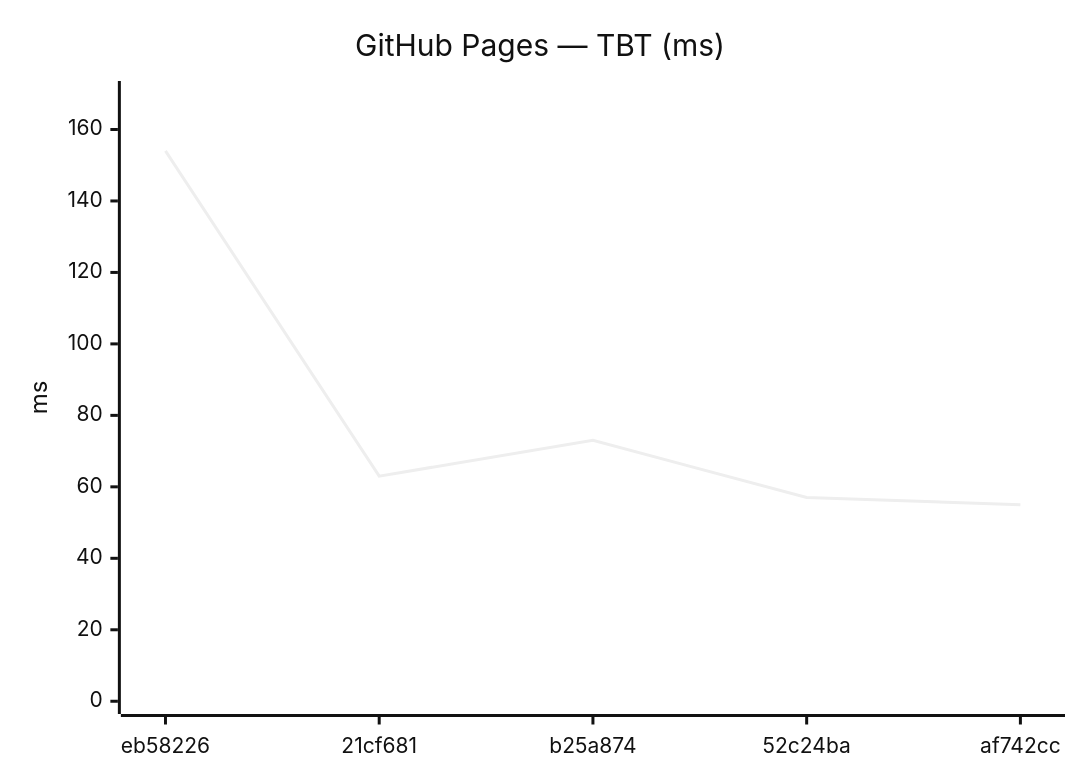
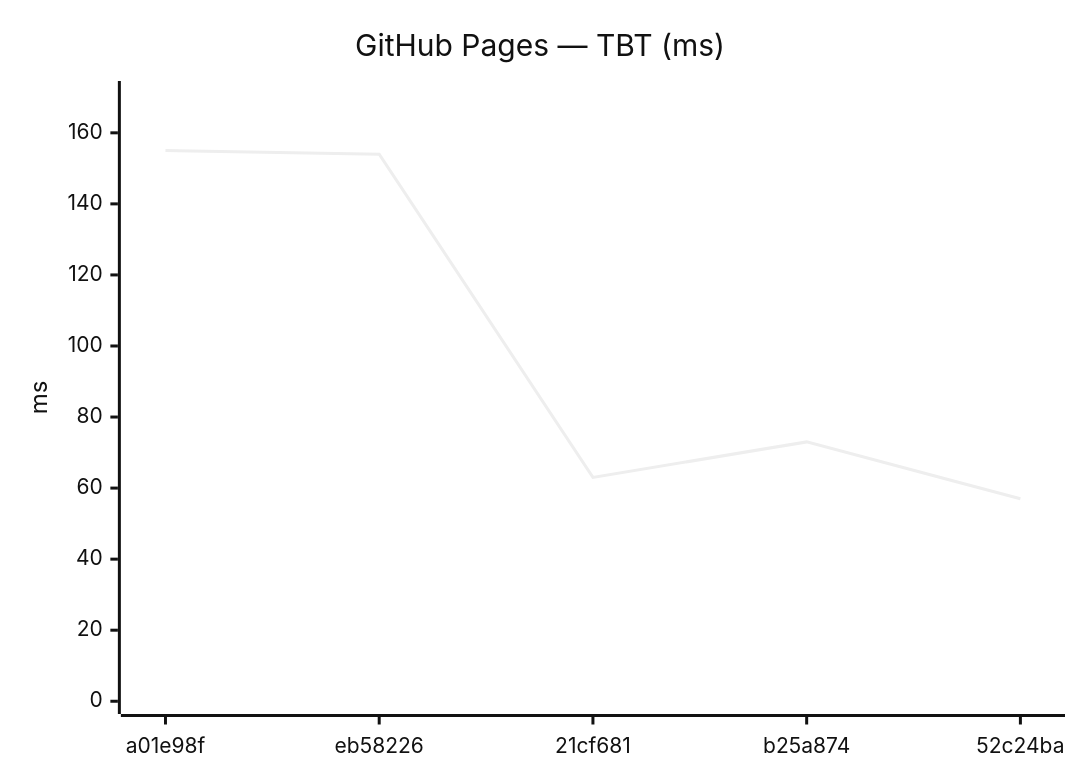
Before and after one commit to Metaheurist/Rianell: the tenth of 18 diagrams in benchmarks/compare.md, drawn with Mermaid (neutral theme). The commit also changed other lines of this file and 11 other files, not shown here.

````diff
--- a/benchmarks/compare.md
+++ b/benchmarks/compare.md
@@ -149,7 +149,7 @@
 ```mermaid
 xychart-beta
     title "GitHub Pages — TBT (ms)"
-    x-axis ["eb58226", "21cf681", "b25a874", "52c24ba", "af742cc"]
-    y-axis "ms" 0 --> 170
-    line [154, 63, 73, 57, 55]
+    x-axis ["a01e98f", "eb58226", "21cf681", "b25a874", "52c24ba"]
+    y-axis "ms" 0 --> 171
+    line [155, 154, 63, 73, 57]
 ```
````
